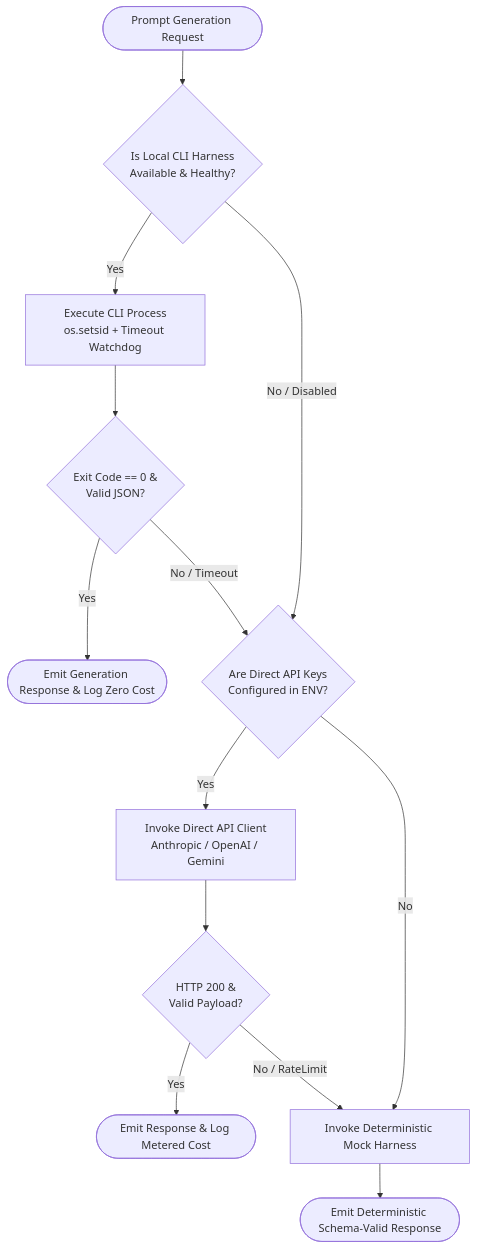
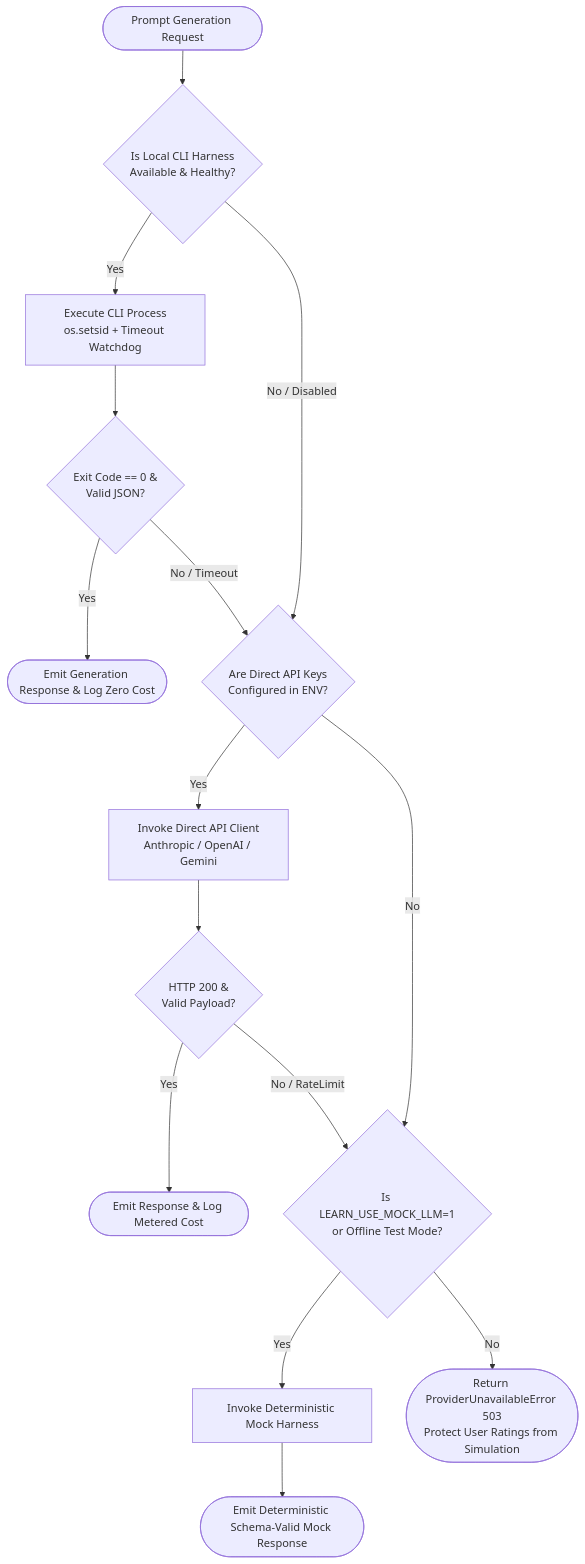
The third of 7 diagrams in docs/architecture.md (Savage-Fred/learn), drawn with Mermaid before and after one commit. The commit also changed other lines of this file and 4 other files, not shown here.

````diff
--- a/docs/architecture.md
+++ b/docs/architecture.md
@@ -298,20 +298,23 @@
 ```mermaid
 flowchart TD
     Start([Prompt Generation Request]) --> Tier1Check{Is Local CLI Harness<br/>Available & Healthy?}
     
     Tier1Check -- Yes --> ExecCLI[Execute CLI Process<br/>os.setsid + Timeout Watchdog]
     ExecCLI --> CLISuccess{Exit Code == 0 &<br/>Valid JSON?}
     CLISuccess -- Yes --> ReturnSuccess([Emit Generation Response & Log Zero Cost])
     
     Tier1Check -- No / Disabled --> Tier2Check{Are Direct API Keys<br/>Configured in ENV?}
     CLISuccess -- No / Timeout --> Tier2Check
     
     Tier2Check -- Yes --> ExecAPI[Invoke Direct API Client<br/>Anthropic / OpenAI / Gemini]
     ExecAPI --> APISuccess{HTTP 200 &<br/>Valid Payload?}
     APISuccess -- Yes --> ReturnAPISuccess([Emit Response & Log Metered Cost])
     
-    Tier2Check -- No --> Tier3Mock[Invoke Deterministic Mock Harness]
-    APISuccess -- No / RateLimit --> Tier3Mock
+    Tier2Check -- No --> ErrorOrMock{Is LEARN_USE_MOCK_LLM=1<br/>or Offline Test Mode?}
+    APISuccess -- No / RateLimit --> ErrorOrMock
     
-    Tier3Mock --> ReturnMock([Emit Deterministic Schema-Valid Response])
+    ErrorOrMock -- Yes --> Tier3Mock[Invoke Deterministic Mock Harness]
+    ErrorOrMock -- No --> Return503([Return ProviderUnavailableError 503<br/>Protect User Ratings from Simulation])
+    
+    Tier3Mock --> ReturnMock([Emit Deterministic Schema-Valid Mock Response])
 ```
````
